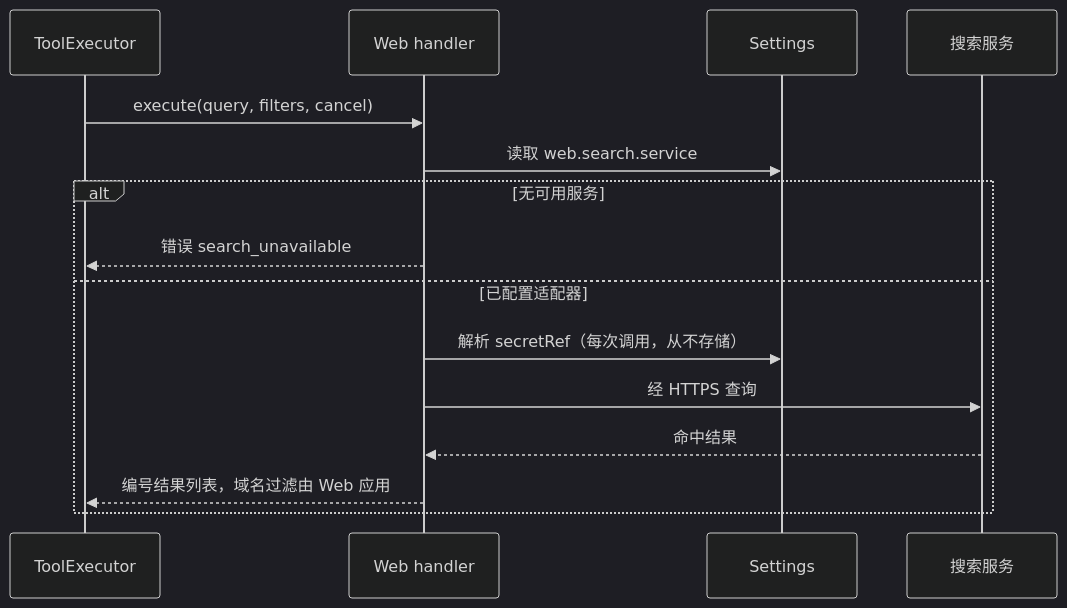
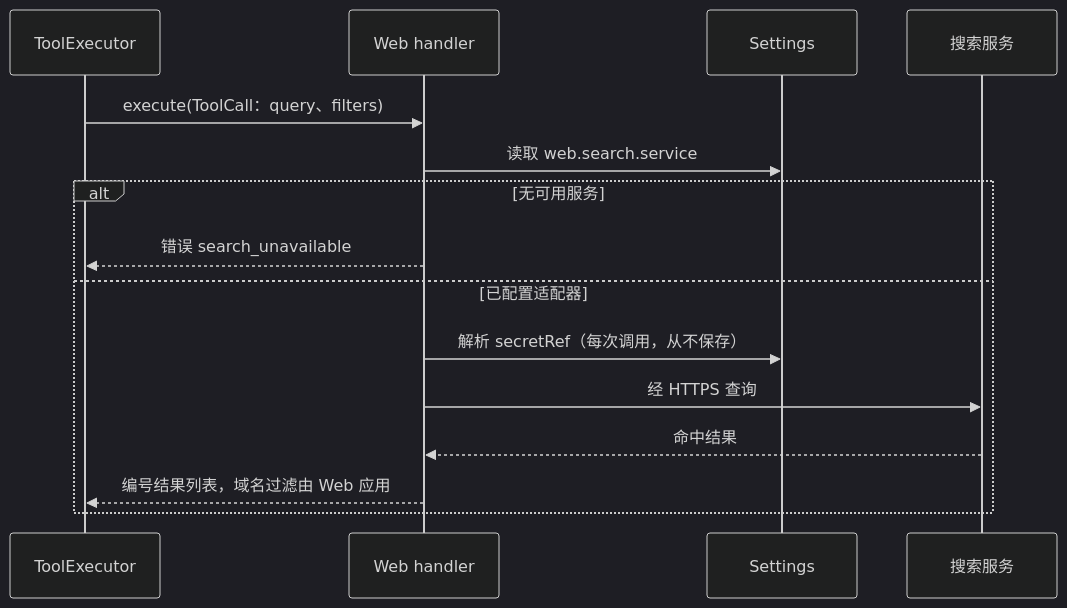
Before and after one commit to CoutinhoTTS/dim-agent: the fourth of 5 diagrams in docs/zh/design/plugins/Web.md, drawn with Mermaid (dark theme). The commit also changed other lines of this file and 18 other files, not shown here.

````diff
--- a/docs/zh/design/plugins/Web.md
+++ b/docs/zh/design/plugins/Web.md
@@ -89,17 +89,17 @@
 ```mermaid
 sequenceDiagram
   participant X as ToolExecutor
   participant W as Web handler
   participant S as Settings
   participant Q as 搜索服务
-  X->>W: execute(query, filters, cancel)
+  X->>W: execute(ToolCall：query、filters)
   W->>S: 读取 web.search.service
   alt 无可用服务
     W-->>X: 错误 search_unavailable
   else 已配置适配器
-    W->>S: 解析 secretRef（每次调用，从不存储）
+    W->>S: 解析 secretRef（每次调用，从不保存）
     W->>Q: 经 HTTPS 查询
     Q-->>W: 命中结果
     W-->>X: 编号结果列表，域名过滤由 Web 应用
   end
 ```
````
